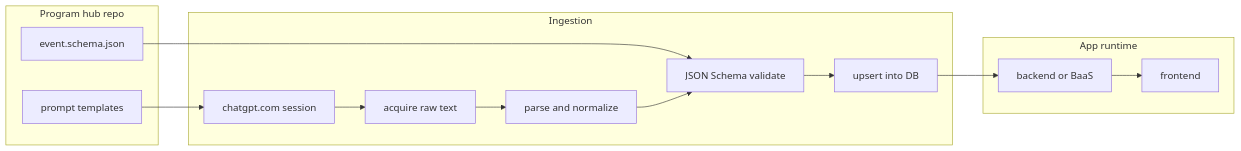
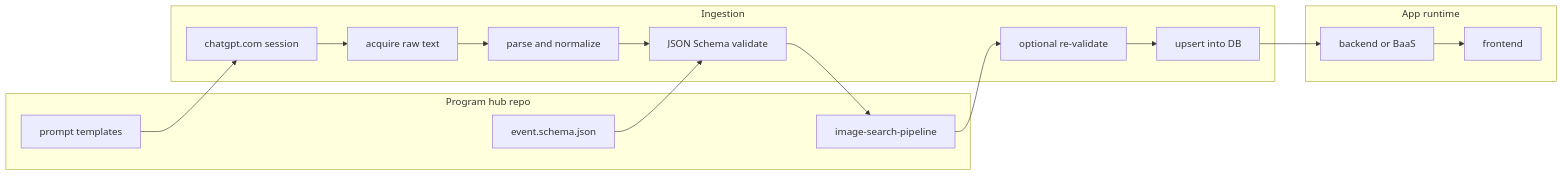
The first of 2 diagrams in docs/data-pipeline.md (CodeByStella/Today-In-History), drawn with Mermaid before and after one commit. The commit also changed other lines of this file and 18 other files, not shown here.

````diff
--- a/docs/data-pipeline.md
+++ b/docs/data-pipeline.md
@@ -7,26 +7,31 @@
 ```mermaid
 flowchart LR
   subgraph hub [Program hub repo]
     Prompt[prompt templates]
     Schema[event.schema.json]
+    ImgPipe[image-search-pipeline]
   end
   subgraph ingest [Ingestion]
     CG[chatgpt.com session]
     Acquire[acquire raw text]
     Parse[parse and normalize]
-    Validate[JSON Schema validate]
+    Val1[JSON Schema validate]
+    ImgPipe
+    Val2[optional re-validate]
     Load[upsert into DB]
   end
   subgraph runtime [App runtime]
     API[backend or BaaS]
     FE[frontend]
   end
   Prompt --> CG
   CG --> Acquire
   Acquire --> Parse
-  Schema --> Validate
-  Parse --> Validate
-  Validate --> Load
+  Schema --> Val1
+  Parse --> Val1
+  Val1 --> ImgPipe
+  ImgPipe --> Val2
+  Val2 --> Load
   Load --> API
   API --> FE
 ```
````
